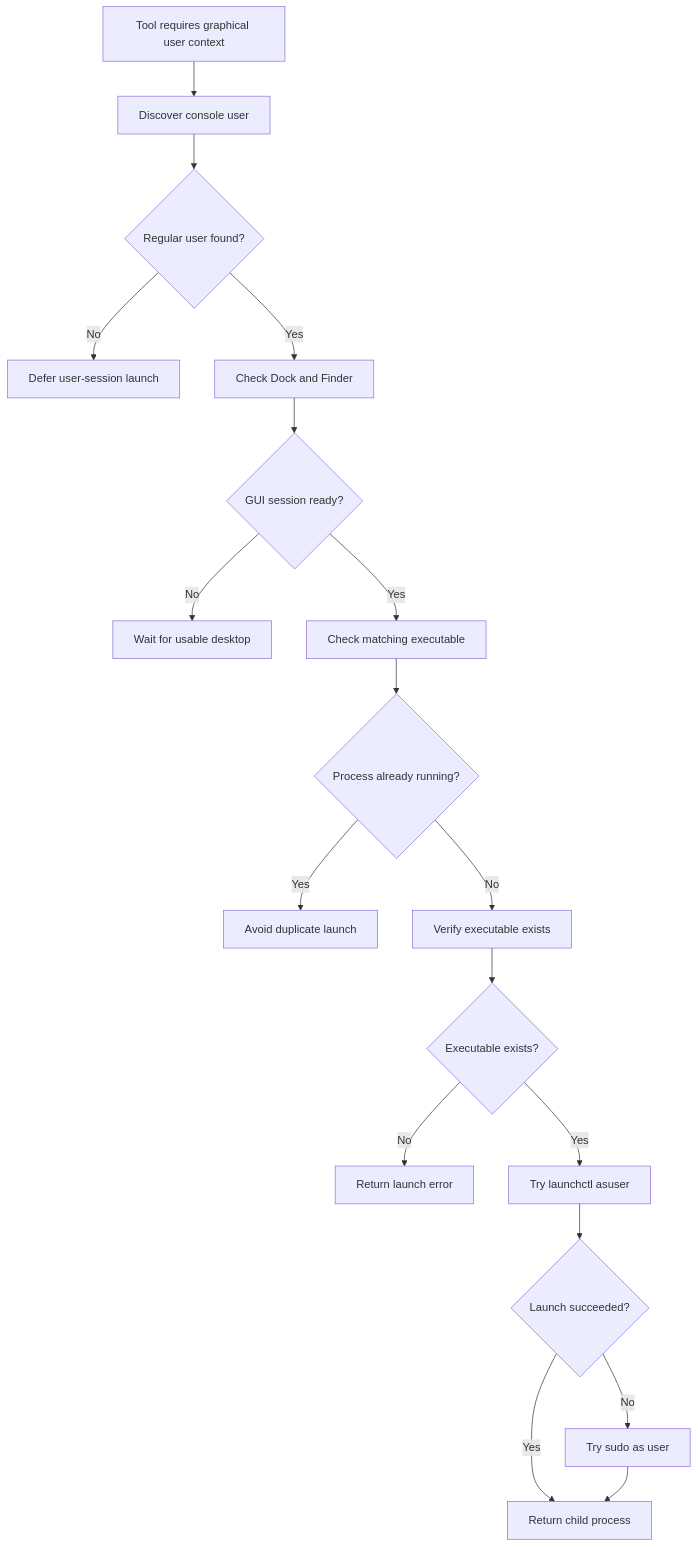
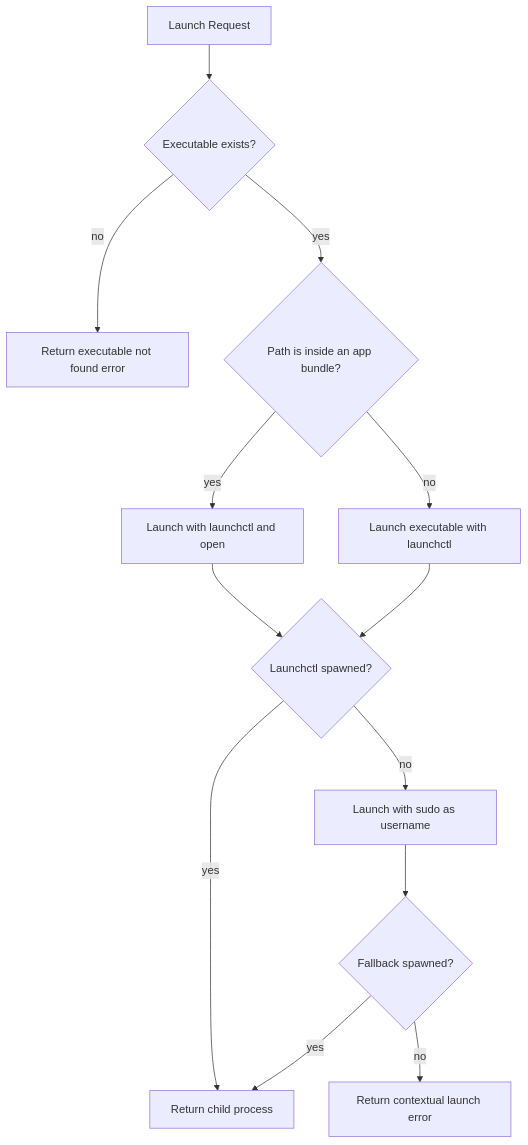
One commit to flamingo-stack/openframe-oss-tenant changed the third of 4 diagrams in docs/reference/architecture/openframe-client-core/platform-user-session-macos/platform-user-session-macos.md. Above: the diagram before and after it, drawn with Mermaid. The commit also changed other lines of this file and 2377 other files, not shown here.

````diff
--- a/docs/reference/architecture/openframe-client-core/platform-user-session-macos/platform-user-session-macos.md
+++ b/docs/reference/architecture/openframe-client-core/platform-user-session-macos/platform-user-session-macos.md
@@ -94,20 +102,15 @@
 ```mermaid
 flowchart TD
-    Begin["Tool requires graphical user context"] --> FindUser["Discover console user"]
-    FindUser --> ValidUser{"Regular user found?"}
-    ValidUser -->|"No"| Defer["Defer user-session launch"]
-    ValidUser -->|"Yes"| Ready["Check Dock and Finder"]
-    Ready --> DesktopReady{"GUI session ready?"}
-    DesktopReady -->|"No"| Wait["Wait for usable desktop"]
-    DesktopReady -->|"Yes"| Running["Check matching executable"]
-    Running --> AlreadyRunning{"Process already running?"}
-    AlreadyRunning -->|"Yes"| Reuse["Avoid duplicate launch"]
-    AlreadyRunning -->|"No"| Exists["Verify executable exists"]
-    Exists --> Present{"Executable exists?"}
-    Present -->|"No"| Failure["Return launch error"]
-    Present -->|"Yes"| Preferred["Try launchctl asuser"]
-    Preferred --> PreferredOk{"Launch succeeded?"}
-    PreferredOk -->|"Yes"| Started["Return child process"]
-    PreferredOk -->|"No"| Fallback["Try sudo as user"]
-    Fallback --> Started
+    Request["Launch Request"] --> Exists{"Executable exists?"}
+    Exists -->|"no"| Missing["Return executable not found error"]
+    Exists -->|"yes"| Bundle{"Path is inside an app bundle?"}
+    Bundle -->|"yes"| OpenBundle["Launch with launchctl and open"]
+    Bundle -->|"no"| LaunchBinary["Launch executable with launchctl"]
+    OpenBundle --> LaunchctlResult{"Launchctl spawned?"}
+    LaunchBinary --> LaunchctlResult
+    LaunchctlResult -->|"yes"| Started["Return child process"]
+    LaunchctlResult -->|"no"| Fallback["Launch with sudo as username"]
+    Fallback --> FallbackResult{"Fallback spawned?"}
+    FallbackResult -->|"yes"| Started
+    FallbackResult -->|"no"| LaunchError["Return contextual launch error"]
 ```
````
